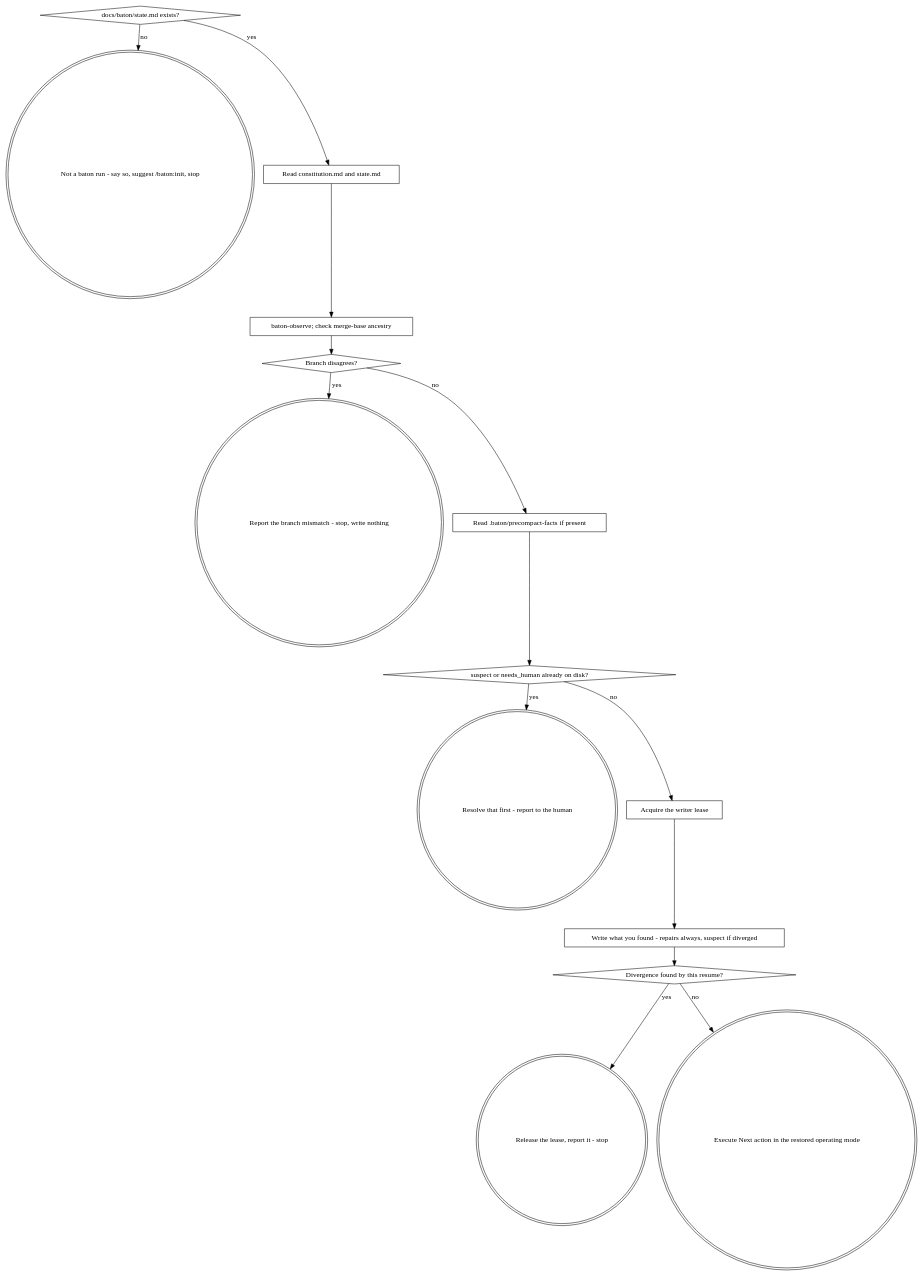
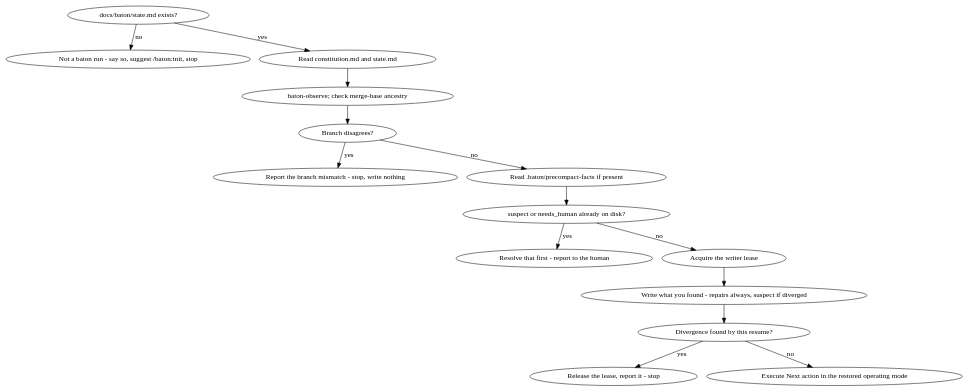
One commit to the-practice-company/bench changed the diagram in plugins/baton/skills/baton-resume/SKILL.md. Above: the diagram before and after it, drawn with Graphviz. The commit also changed other lines of this file and 1 other file, not shown here.

Commit message:
baton-resume: the steps, without the case for them

````diff
--- a/plugins/baton/skills/baton-resume/SKILL.md
+++ b/plugins/baton/skills/baton-resume/SKILL.md
@@ -20,32 +16,17 @@
 ```dot
 digraph resume {
-    "docs/baton/state.md exists?" [shape=diamond];
-    "Not a baton run - say so, suggest /baton:init, stop" [shape=doublecircle];
-    "Read constitution.md and state.md" [shape=box];
-    "baton-observe; check merge-base ancestry" [shape=box];
-    "Branch disagrees?" [shape=diamond];
-    "Report the branch mismatch - stop, write nothing" [shape=doublecircle];
-    "Read .baton/precompact-facts if present" [shape=box];
-    "suspect or needs_human already on disk?" [shape=diamond];
-    "Resolve that first - report to the human" [shape=doublecircle];
-    "Acquire the writer lease" [shape=box];
-    "Write what you found - repairs always, suspect if diverged" [shape=box];
-    "Divergence found by this resume?" [shape=diamond];
-    "Release the lease, report it - stop" [shape=doublecircle];
-    "Execute Next action in the restored operating mode" [shape=doublecircle];
-
     "docs/baton/state.md exists?" -> "Not a baton run - say so, suggest /baton:init, stop" [label="no"];
     "docs/baton/state.md exists?" -> "Read constitution.md and state.md" [label="yes"];
     "Read constitution.md and state.md" -> "baton-observe; check merge-base ancestry";
     "baton-observe; check merge-base ancestry" -> "Branch disagrees?";
     "Branch disagrees?" -> "Report the branch mismatch - stop, write nothing" [label="yes"];
     "Branch disagrees?" -> "Read .baton/precompact-facts if present" [label="no"];
     "Read .baton/precompact-facts if present" -> "suspect or needs_human already on disk?";
     "suspect or needs_human already on disk?" -> "Resolve that first - report to the human" [label="yes"];
     "suspect or needs_human already on disk?" -> "Acquire the writer lease" [label="no"];
     "Acquire the writer lease" -> "Write what you found - repairs always, suspect if diverged";
     "Write what you found - repairs always, suspect if diverged" -> "Divergence found by this resume?";
     "Divergence found by this resume?" -> "Release the lease, report it - stop" [label="yes"];
     "Divergence found by this resume?" -> "Execute Next action in the restored operating mode" [label="no"];
 }
 ```
````
